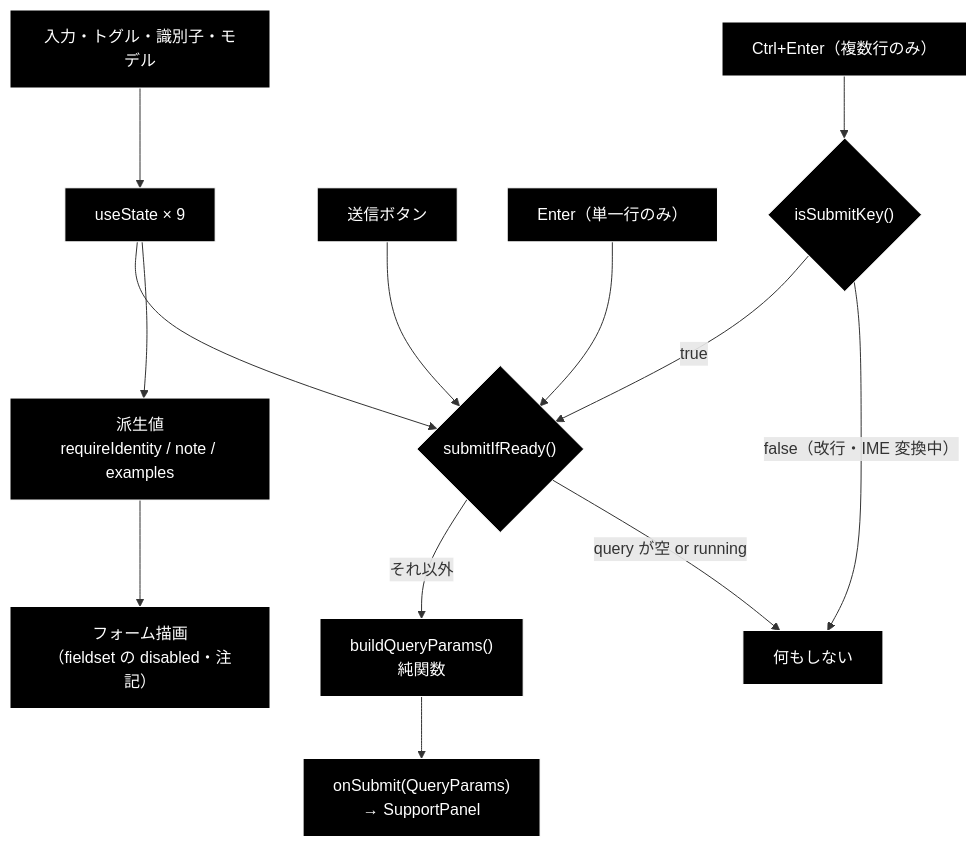
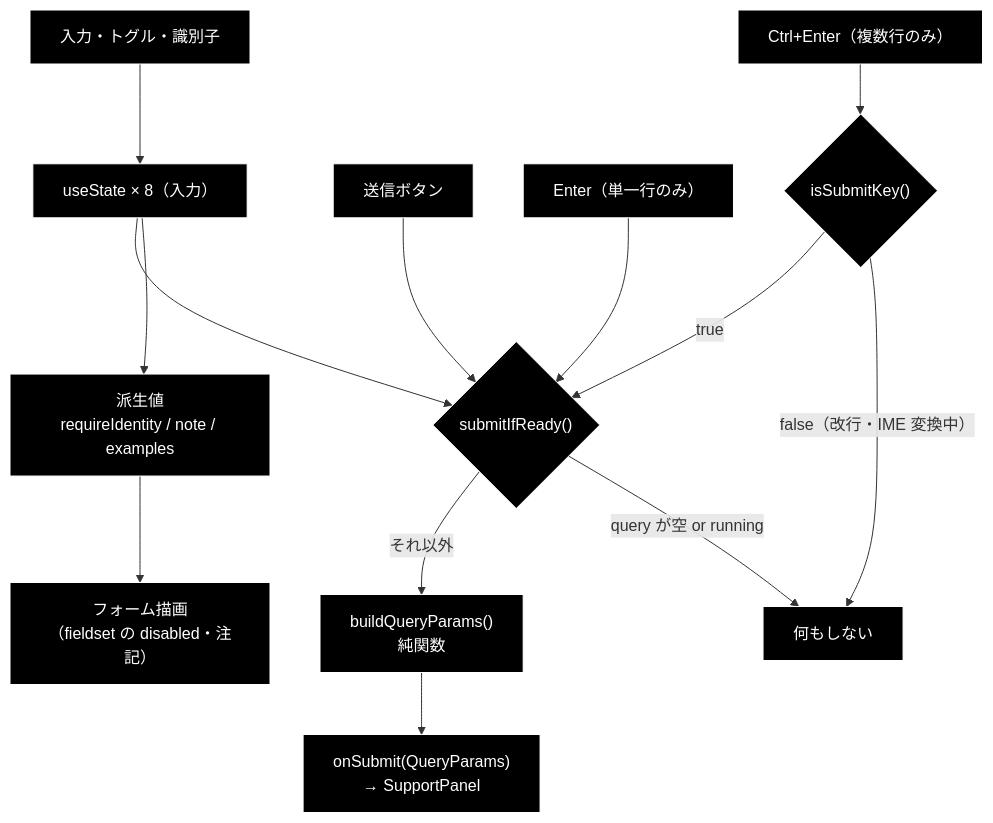
The second of 3 diagrams in frontend/docs/QueryForm.md (nakashima2toshio/grace_v2_local), drawn with Mermaid before and after one commit. The commit also changed other lines of this file and 25 other files, not shown here.

````diff
--- a/frontend/docs/QueryForm.md
+++ b/frontend/docs/QueryForm.md
@@ -284,17 +282,17 @@
 ```mermaid
 flowchart TB
-    Input["入力・トグル・識別子・モデル"] --> State["useState × 9"]
+    Input["入力・トグル・識別子"] --> State["useState × 8（入力）"]
     State --> Derive["派生値<br>requireIdentity / note / examples"]
     Derive --> Render["フォーム描画<br>（fieldset の disabled・注記）"]
     Btn["送信ボタン"] --> Gate
     Enter["Enter（単一行のみ）"] --> Gate
     CtrlEnter["Ctrl+Enter（複数行のみ）"] --> Key{"isSubmitKey()"}
     Key -->|"false（改行・IME 変換中）"| Nop
     Key -->|"true"| Gate
     State --> Gate{"submitIfReady()"}
     Gate -->|"query が空 or running"| Nop["何もしない"]
     Gate -->|"それ以外"| Build["buildQueryParams()<br>純関数"]
     Build --> Parent["onSubmit(QueryParams)<br>→ SupportPanel"]
 classDef default fill:#000,stroke:#fff,color:#fff
 class Input,State,Derive,Render,Btn,Enter,CtrlEnter,Key,Gate,Nop,Build,Parent default
 ```
````
